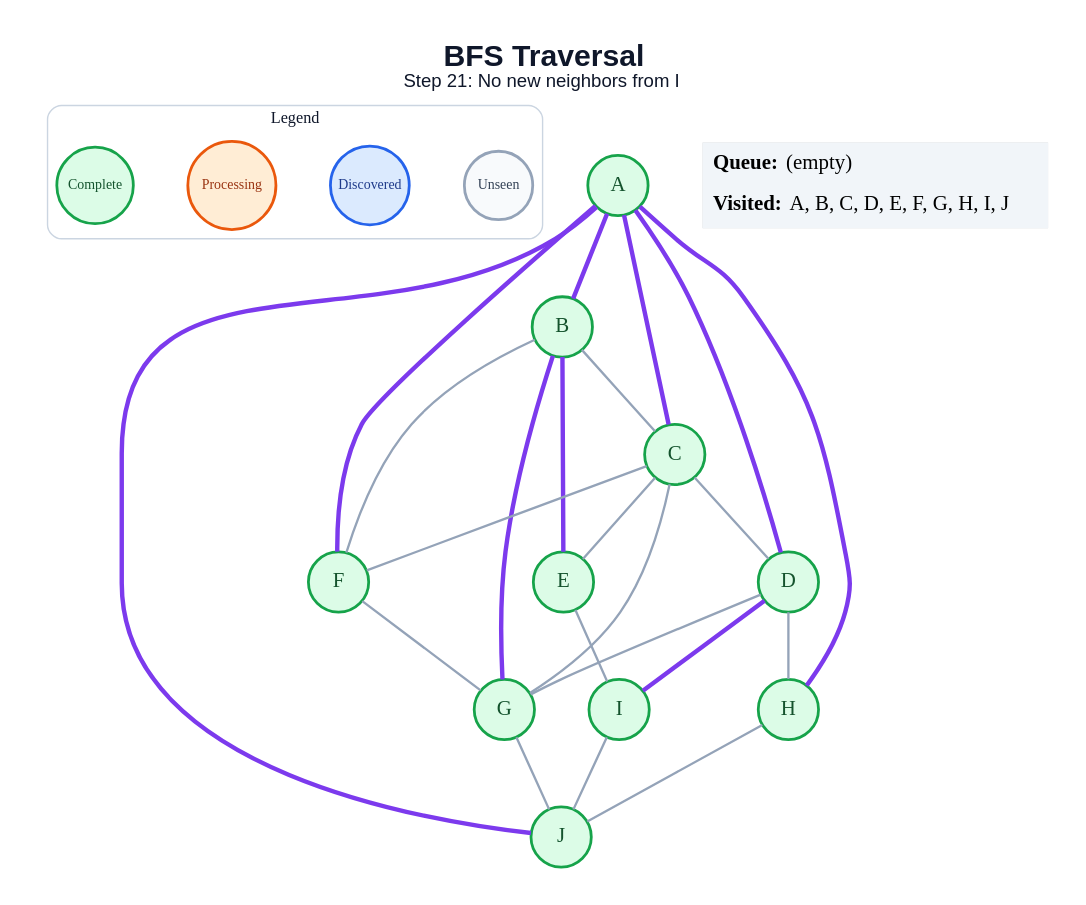
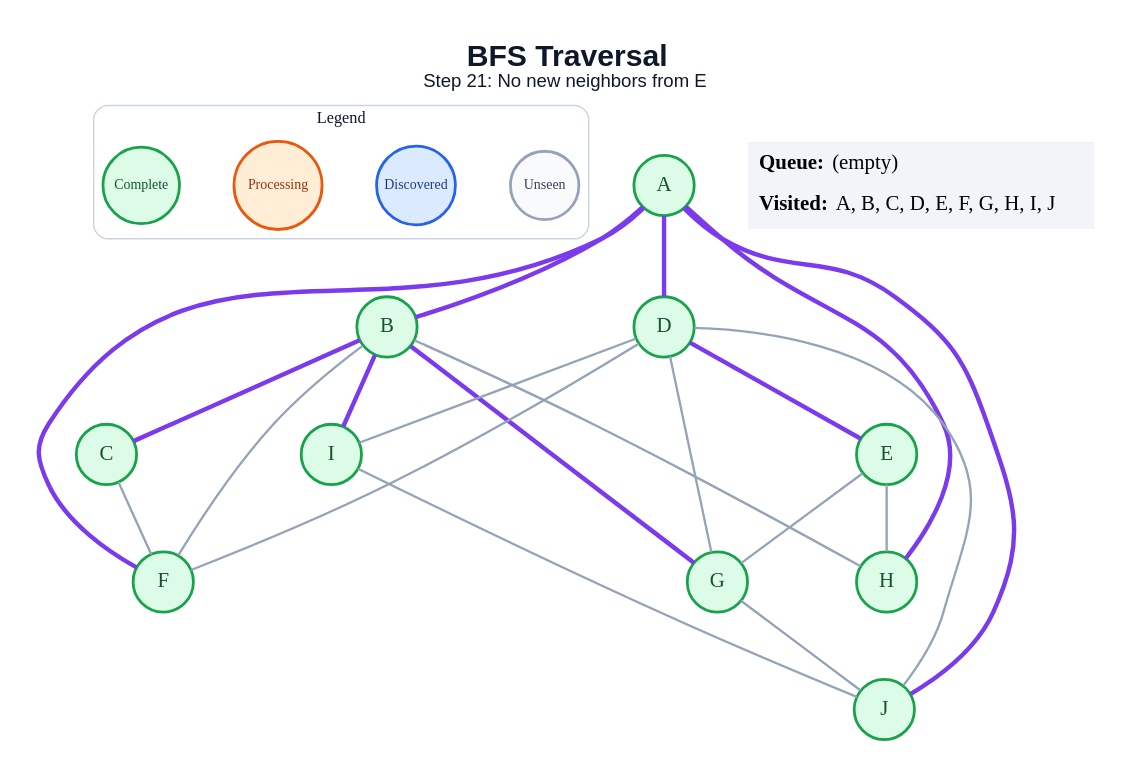
The diagram in generated/bfs/step_21.dot (amanghodawala9/ai-slop), drawn with Graphviz before and after one commit. The commit also changed 178 other files, not shown here.

```diff
--- a/generated/bfs/step_21.dot
+++ b/generated/bfs/step_21.dot
@@ -1,51 +1,49 @@
 graph traversal {
   graph [layout=dot, rankdir=TB, bgcolor="#FFFFFF", pad="0.35", nodesep="0.65", ranksep="0.8", fontname="Arial"];
   node [shape=circle, style="filled", fontname="Arial Bold", fontsize=18, width=0.72, fixedsize=true, penwidth=2.4];
   edge [color="#94A3B8", penwidth=2.0];
-  label=<<B>BFS Traversal</B><BR/><FONT POINT-SIZE="16">Step 21: No new neighbors from I</FONT>>; labelloc="t"; fontsize=26; fontname="Arial"; fontcolor="#0F172A";
+  label=<<B>BFS Traversal</B><BR/><FONT POINT-SIZE="16">Step 21: No new neighbors from E</FONT>>; labelloc="t"; fontsize=26; fontname="Arial"; fontcolor="#0F172A";
   subgraph cluster_legend { label="Legend"; color="#CBD5E1"; penwidth=1.2; style="rounded"; fontsize=14; fontname="Arial Bold";
     key_unseen [label="Unseen", fillcolor="#F8FAFC", color="#94A3B8", fontcolor="#334155", fontsize=12, width=0.82];
     key_frontier [label="Discovered", fillcolor="#DBEAFE", color="#2563EB", fontcolor="#1E3A8A", fontsize=12, width=0.95];
     key_current [label="Processing", fillcolor="#FFEDD5", color="#EA580C", fontcolor="#9A3412", fontsize=12, width=1.05];
     key_done [label="Complete", fillcolor="#DCFCE7", color="#16A34A", fontcolor="#14532D", fontsize=12, width=0.92];
     { rank=same; key_unseen; key_frontier; key_current; key_done; }
   }
   A [fillcolor="#DCFCE7", color="#16A34A", fontcolor="#14532D"];
   B [fillcolor="#DCFCE7", color="#16A34A", fontcolor="#14532D"];
   C [fillcolor="#DCFCE7", color="#16A34A", fontcolor="#14532D"];
   D [fillcolor="#DCFCE7", color="#16A34A", fontcolor="#14532D"];
   E [fillcolor="#DCFCE7", color="#16A34A", fontcolor="#14532D"];
   F [fillcolor="#DCFCE7", color="#16A34A", fontcolor="#14532D"];
   G [fillcolor="#DCFCE7", color="#16A34A", fontcolor="#14532D"];
   H [fillcolor="#DCFCE7", color="#16A34A", fontcolor="#14532D"];
   I [fillcolor="#DCFCE7", color="#16A34A", fontcolor="#14532D"];
   J [fillcolor="#DCFCE7", color="#16A34A", fontcolor="#14532D"];
   A -- B [color="#7C3AED", penwidth=3.8];
-  A -- C [color="#7C3AED", penwidth=3.8];
   A -- D [color="#7C3AED", penwidth=3.8];
   A -- F [color="#7C3AED", penwidth=3.8];
   A -- H [color="#7C3AED", penwidth=3.8];
   A -- J [color="#7C3AED", penwidth=3.8];
-  B -- C;
-  B -- E [color="#7C3AED", penwidth=3.8];
+  B -- C [color="#7C3AED", penwidth=3.8];
   B -- F;
   B -- G [color="#7C3AED", penwidth=3.8];
-  C -- D;
-  C -- E;
+  B -- H;
+  B -- I [color="#7C3AED", penwidth=3.8];
   C -- F;
-  C -- G;
+  D -- E [color="#7C3AED", penwidth=3.8];
+  D -- F;
   D -- G;
-  D -- H;
-  D -- I [color="#7C3AED", penwidth=3.8];
-  E -- I;
-  F -- G;
+  D -- I;
+  D -- J;
+  E -- G;
+  E -- H;
   G -- J;
-  H -- J;
   I -- J;
   status [shape=plain, fixedsize=false, width=0, height=0, margin=0, label=<
     <TABLE BORDER="0" CELLBORDER="0" CELLPADDING="7" BGCOLOR="#F1F5F9">
       <TR><TD ALIGN="LEFT"><B>Queue:</B> (empty)</TD></TR>
       <TR><TD ALIGN="LEFT"><B>Visited:</B> A, B, C, D, E, F, G, H, I, J</TD></TR>
     </TABLE>
   >];
 }
```
